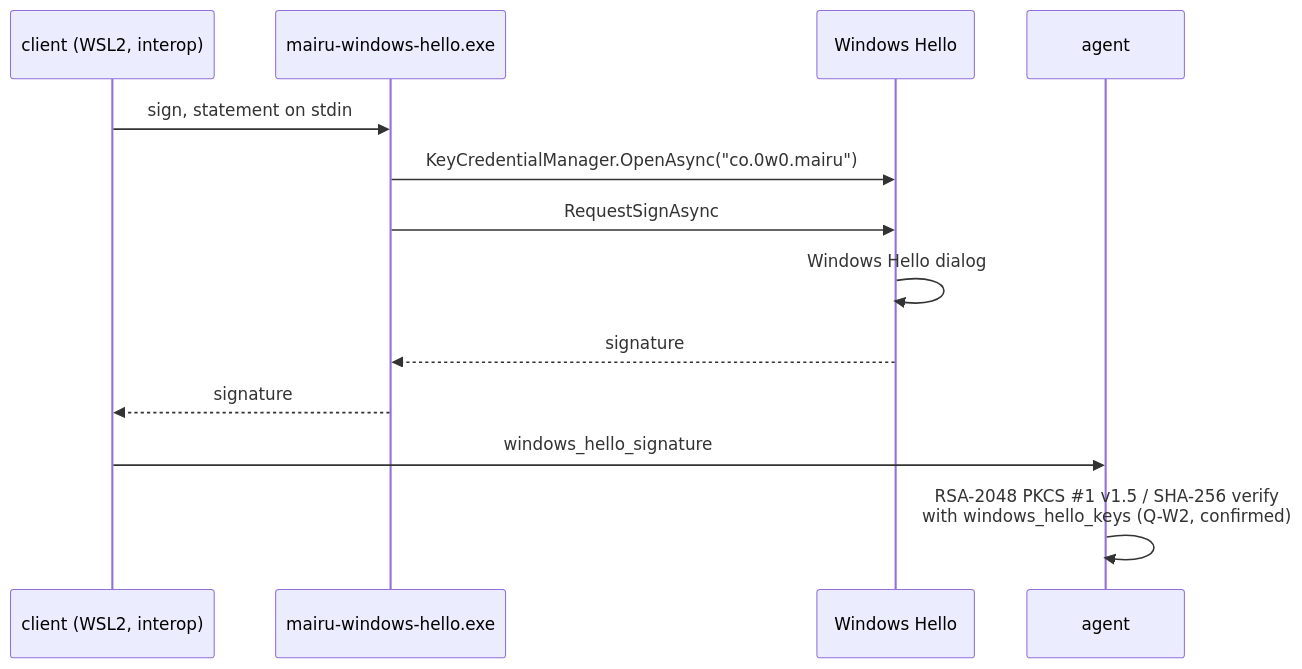
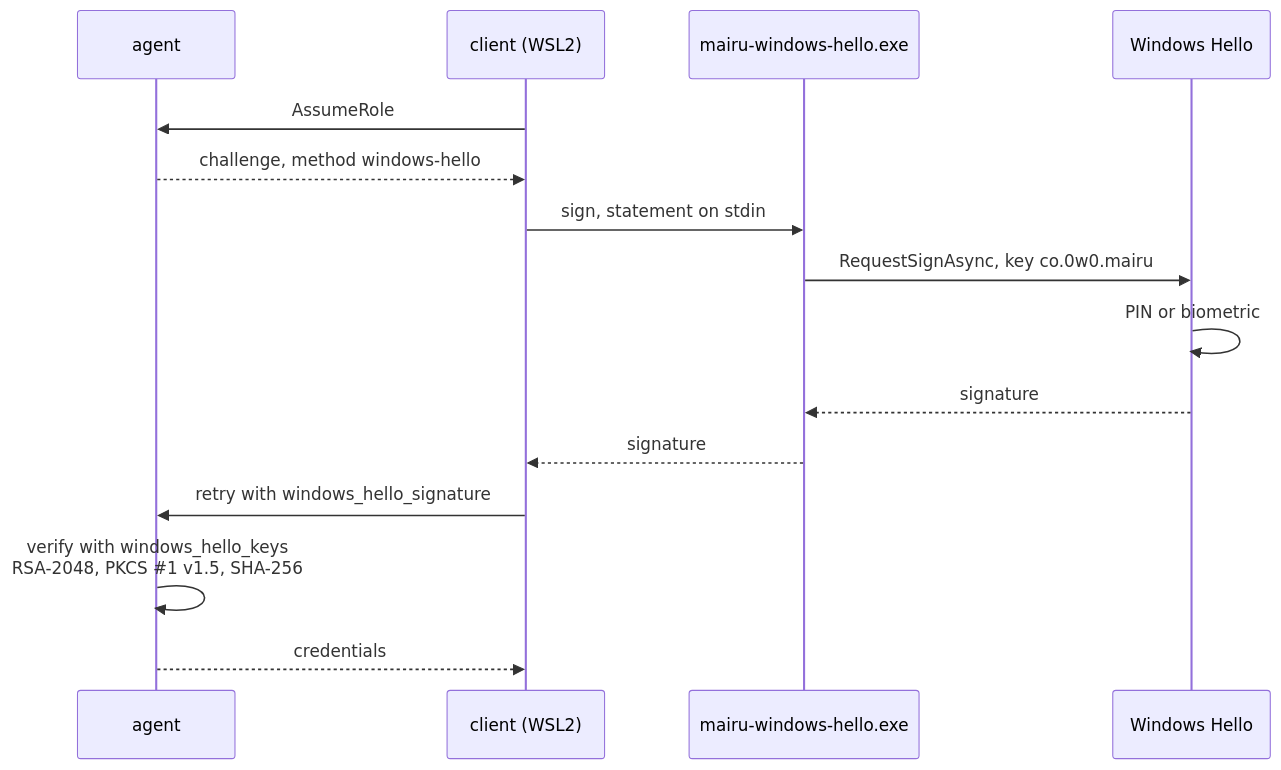
Before and after one commit to sorah/mairu: the first of 2 diagrams in docs/specs/016-windows-hello.md, drawn with Mermaid. The commit also changed other lines of this file and 17 other files, not shown here.

First line of the commit message:
docs/specs: rework diagrams and helper locations

````diff
--- a/docs/specs/016-windows-hello.md
+++ b/docs/specs/016-windows-hello.md
@@ -23,15 +23,17 @@
 ```mermaid
 sequenceDiagram
-  participant C as client (WSL2, interop)
+  participant A as agent
+  participant C as client (WSL2)
   participant H as mairu-windows-hello.exe
   participant W as Windows Hello
-  participant A as agent
+  C->>A: AssumeRole
+  A-->>C: challenge, method windows-hello
   C->>H: sign, statement on stdin
-  H->>W: KeyCredentialManager.OpenAsync("co.0w0.mairu")
-  H->>W: RequestSignAsync
-  W->>W: Windows Hello dialog
+  H->>W: RequestSignAsync, key co.0w0.mairu
+  W->>W: PIN or biometric
   W-->>H: signature
   H-->>C: signature
-  C->>A: windows_hello_signature
-  A->>A: RSA-2048 PKCS #35;1 v1.5 / SHA-256 verify<br/>with windows_hello_keys (Q-W2, confirmed)
+  C->>A: retry with windows_hello_signature
+  A->>A: verify with windows_hello_keys<br/>RSA-2048, PKCS #35;1 v1.5, SHA-256
+  A-->>C: credentials
 ```
````
